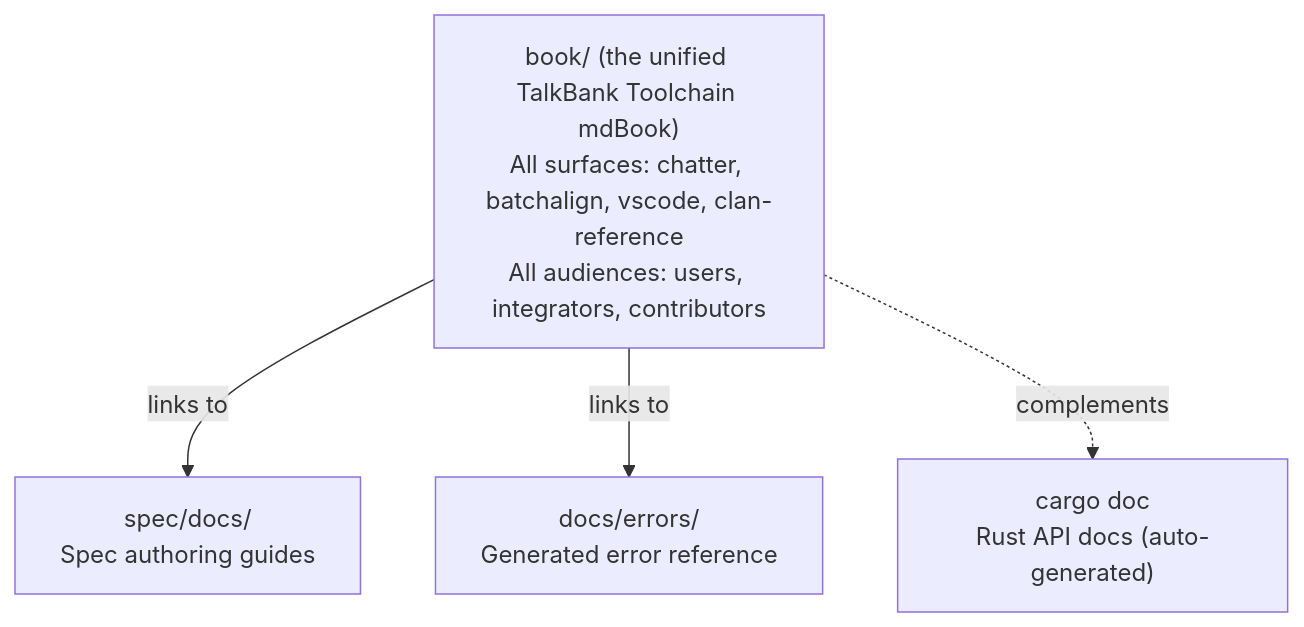
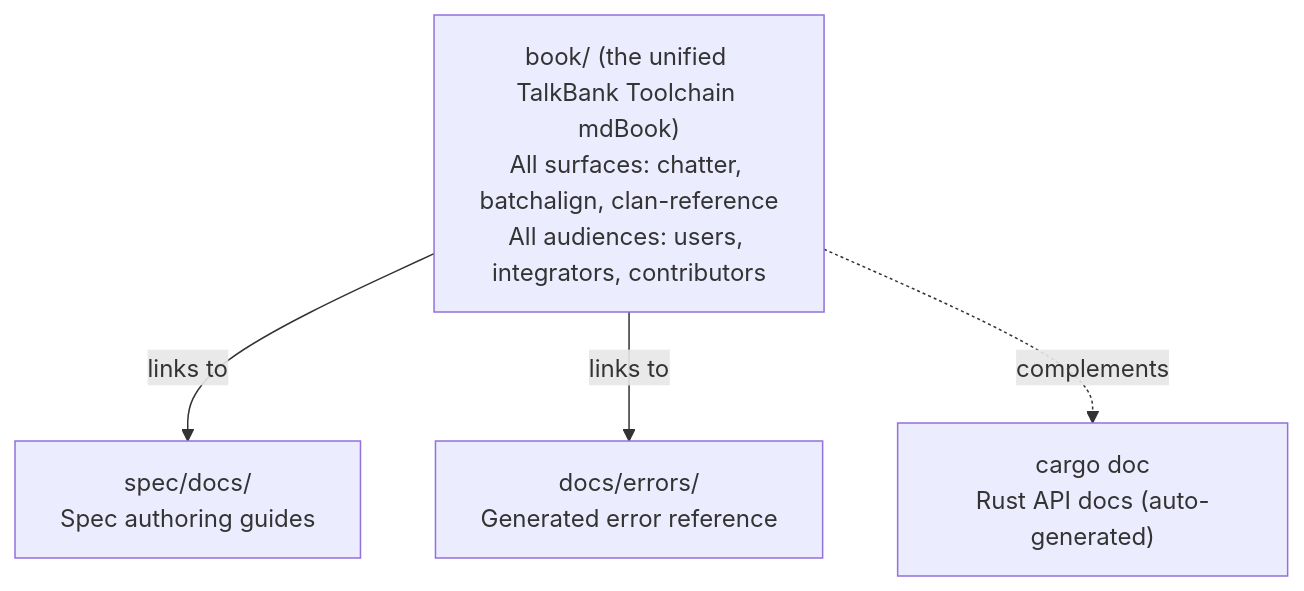
The diagram in book/src/contributing/documentation-architecture.md (TalkBank/talkbank-tools), drawn with Mermaid before and after one commit. The commit also changed other lines of this file and 487 other files, not shown here.

````diff
--- a/book/src/contributing/documentation-architecture.md
+++ b/book/src/contributing/documentation-architecture.md
@@ -15,11 +15,11 @@
 ```mermaid
 flowchart TD
-    main["book/ (the unified TalkBank Toolchain mdBook)\nAll surfaces: chatter, batchalign, vscode, clan-reference\nAll audiences: users, integrators, contributors"]
+    main["book/ (the unified TalkBank Toolchain mdBook)\nAll surfaces: chatter, batchalign, clan-reference\nAll audiences: users, integrators, contributors"]
     spec["spec/docs/\nSpec authoring guides"]
     errors["docs/errors/\nGenerated error reference"]
     api["cargo doc\nRust API docs (auto-generated)"]
 
     main -->|"links to"| spec
     main -->|"links to"| errors
     main -.->|"complements"| api
 ```
````
